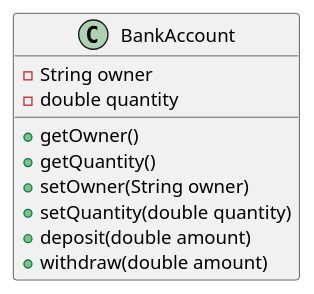
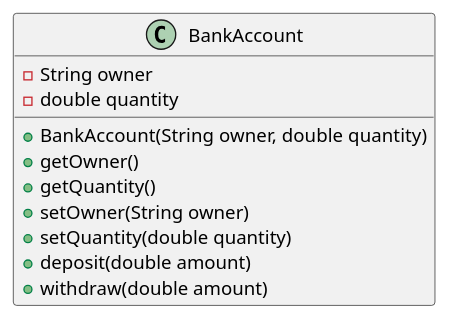
One commit to mmasias/progra2-22-23 changed the diagram in ejercicios/entregas/josueMerino/EX000PooIntroduction/EX000PooIntroduction/src/BankAccount.puml. Above: the diagram before and after it, drawn with PlantUML. The commit also changed 1 other file, not shown here.

Commit message:
docs: BankAccount class diagram updated and added image of diagram

```diff
--- a/ejercicios/entregas/josueMerino/EX000PooIntroduction/EX000PooIntroduction/src/BankAccount.puml
+++ b/ejercicios/entregas/josueMerino/EX000PooIntroduction/EX000PooIntroduction/src/BankAccount.puml
@@ -1,13 +1,14 @@
 @startuml
 class BankAccount
 {
   - String owner
   - double quantity
+  + BankAccount(String owner, double quantity)
   + getOwner()
   + getQuantity()
   + setOwner(String owner)
   + setQuantity(double quantity)
   + deposit(double amount)
   + withdraw(double amount)
 }
 @enduml
```
